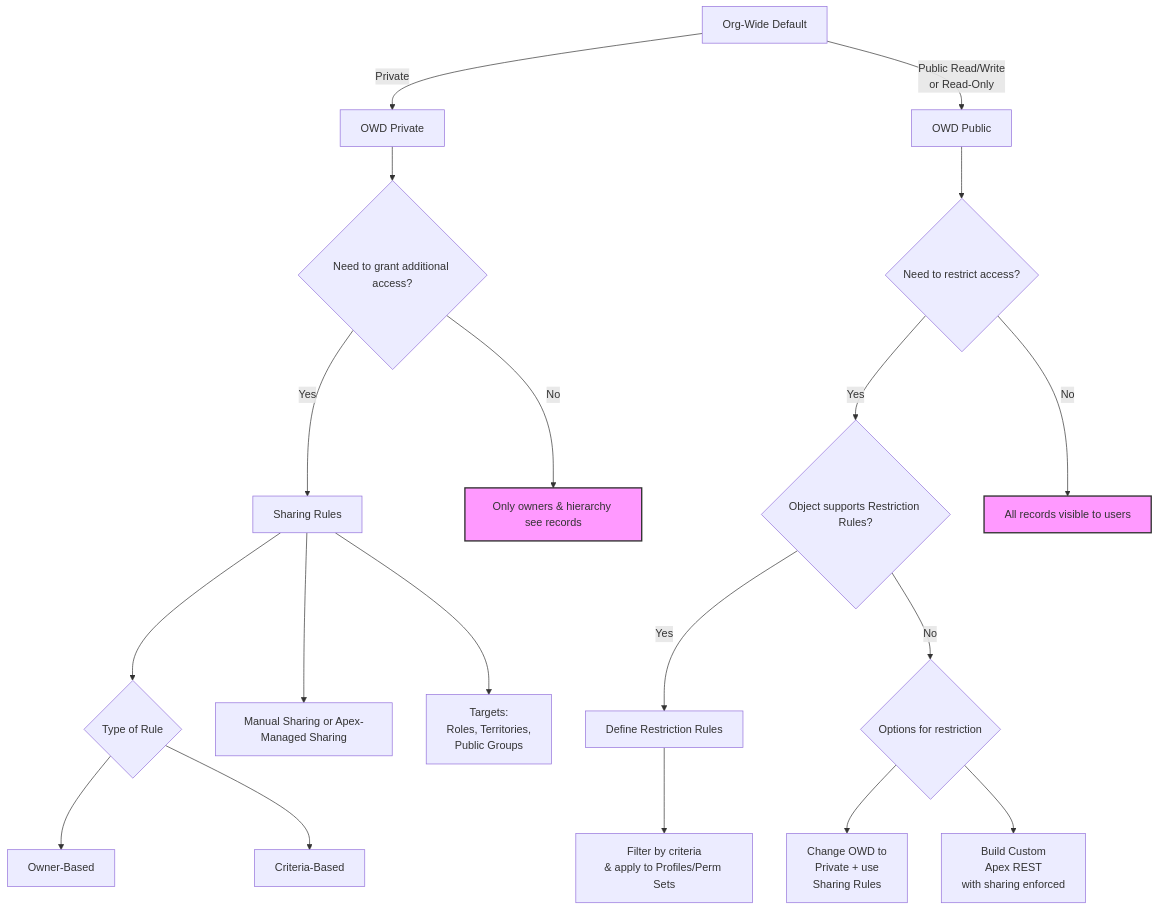
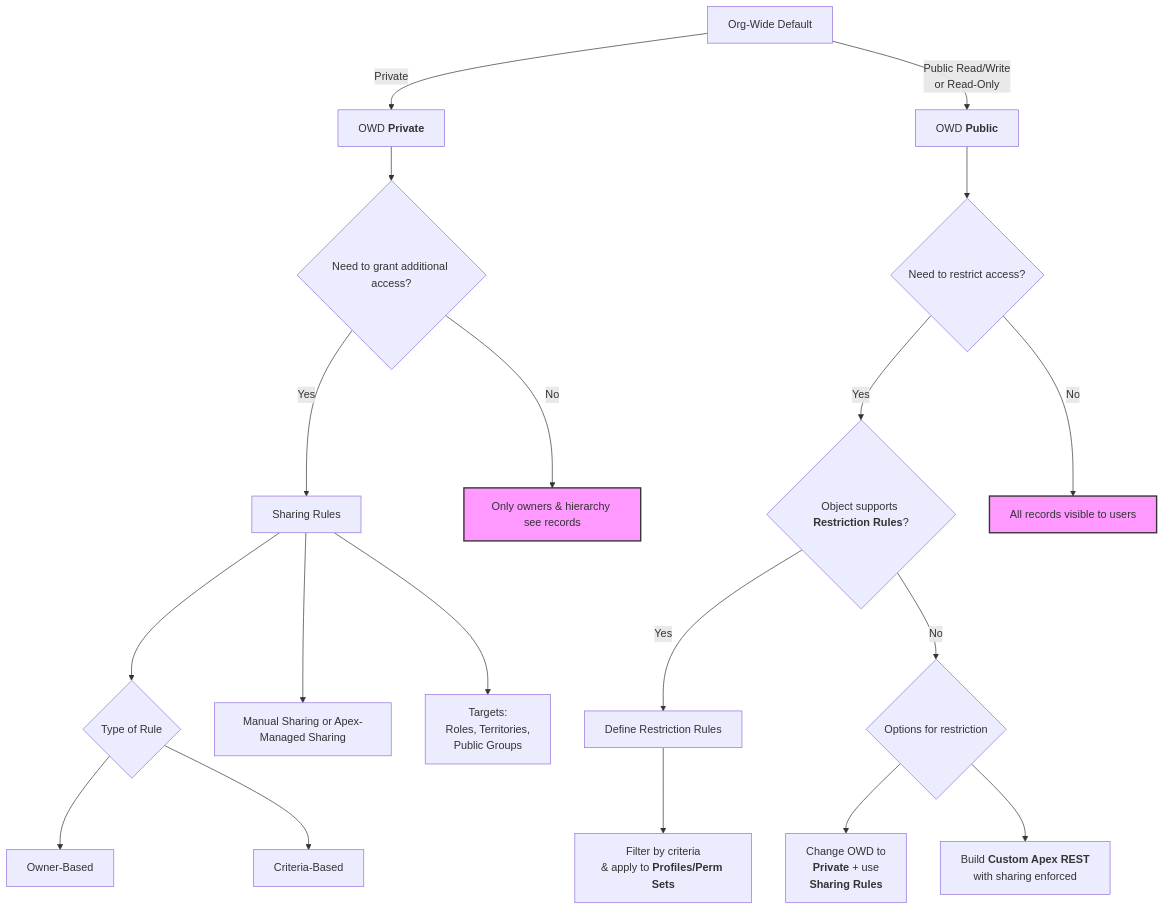
The diagram in README.md (alcabon/access_rights), drawn with Mermaid before and after one commit.

````diff
--- a/README.md
+++ b/README.md
@@ -3,41 +3,41 @@
 ```mermaid
 
 flowchart TD
     A[Org-Wide Default] 
-      -->|Private| B[OWD Private]
+      -->|Private| B[OWD <b>Private</b>]
     A 
       -->|Public Read/Write
-or Read-Only| C[OWD Public]
+or Read-Only| C[OWD <b>Public</b>]
 
     B --> D{Need to grant additional access?}
     D -->|Yes| E[Sharing Rules]
     D -->|No| S[Only owners & hierarchy see records]
 
     E --> F{Type of Rule}
     F --> G[Owner-Based]
     F --> H[Criteria-Based]
     E --> I[Manual Sharing or Apex-Managed Sharing]
     E --> J[Targets:
 Roles, Territories,
 Public Groups]
 
     C --> K{Need to restrict access?}
-    K -->|Yes| L{Object supports Restriction Rules?}
+    K -->|Yes| L{Object supports <b>Restriction Rules</b>?}
     K -->|No| R[All records visible to users]
 
     L -->|Yes| M[Define Restriction Rules]
     M --> N[Filter by criteria
-& apply to Profiles/Perm Sets]
+& apply to <b>Profiles/Perm Sets</b>]
 
     L -->|No| O{Options for restriction}
     O --> P[Change OWD to
-Private + use
-Sharing Rules]
-    O --> Q[Build Custom\nApex REST
+<b>Private</b> + use
+<b>Sharing Rules</b>]
+    O --> Q[Build <b>Custom Apex REST</b>
 with sharing enforced]
 
     style S fill:#f9f,stroke:#333,stroke-width:2px
     style R fill:#f9f,stroke:#333,stroke-width:2px
 
 
 ```
````
